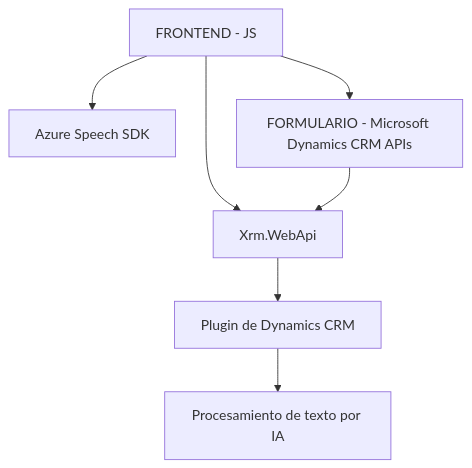
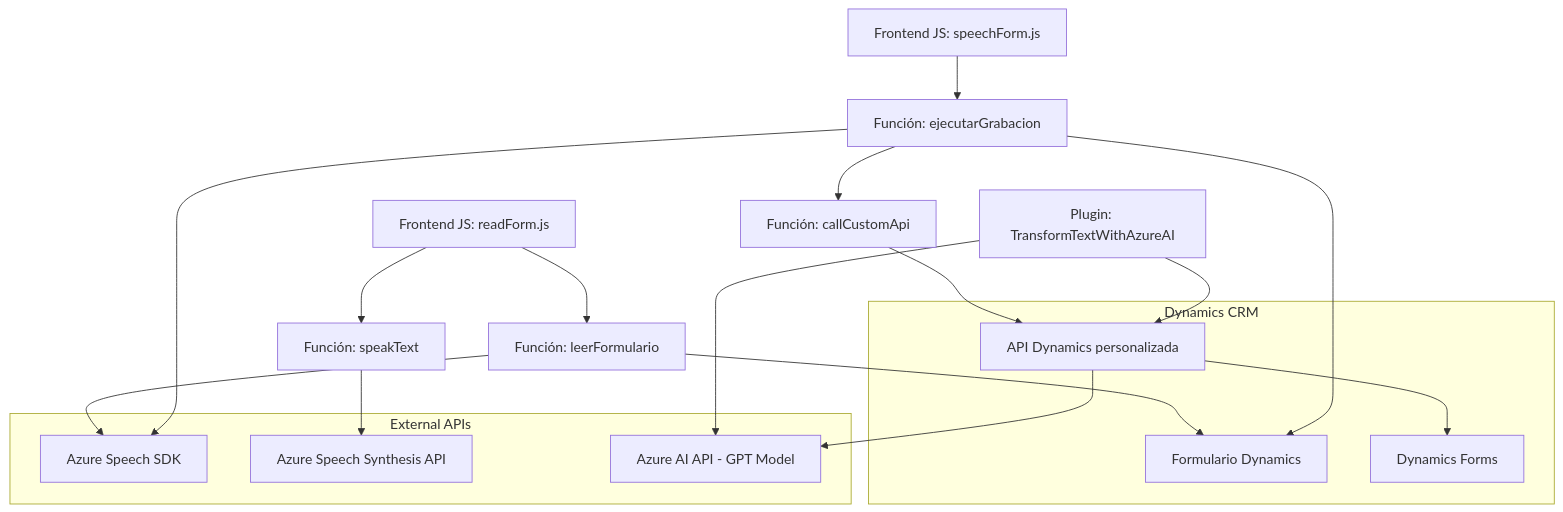
One commit to blopezdm/NETCORE_BILBAO2025 changed the diagram in README.md. Above: the diagram before and after it, drawn with Mermaid. The commit also changed other lines of this file, not shown here.

````diff
--- a/README.md
+++ b/README.md
@@ -55,17 +46,32 @@
 ```mermaid
 graph TD
-    A["FRONTEND - JS"]
-    B["Azure Speech SDK"]
-    C["FORMULARIO - Microsoft Dynamics CRM APIs"]
-    D["Xrm.WebApi"]
-    E["Plugin de Dynamics CRM"]
-    F["Azure OpenAI"]
+    A["Frontend JS: readForm.js"] --> B["Función: leerFormulario"]
+    B --> C["Azure Speech SDK"]
+    B --> D["Formulario Dynamics"]
+    A --> E["Función: speakText"]
+    E --> G["Azure Speech Synthesis API"]
+    
+    F["Frontend JS: speechForm.js"] --> H["Función: ejecutarGrabacion"]
+    H --> C
+    H --> D
+    H --> I["Función: callCustomApi"]
+    I --> J["API Dynamics personalizada"]
+    J --> K["Azure AI API - GPT Model"]
 
-    A --> B
-    A --> C
-    A --> D
+    L["Plugin: TransformTextWithAzureAI"]
+    L --> J
+    L --> K
+    J --> M["Dynamics Forms"]
 
-    E --> F["Procesamiento de texto por IA"]
-    D --> E
-    C --> D
+    subgraph External APIs
+        C
+        G
+        K
+    end
+
+    subgraph Dynamics CRM
+        D
+        J
+        M
+    end
 ```
````
